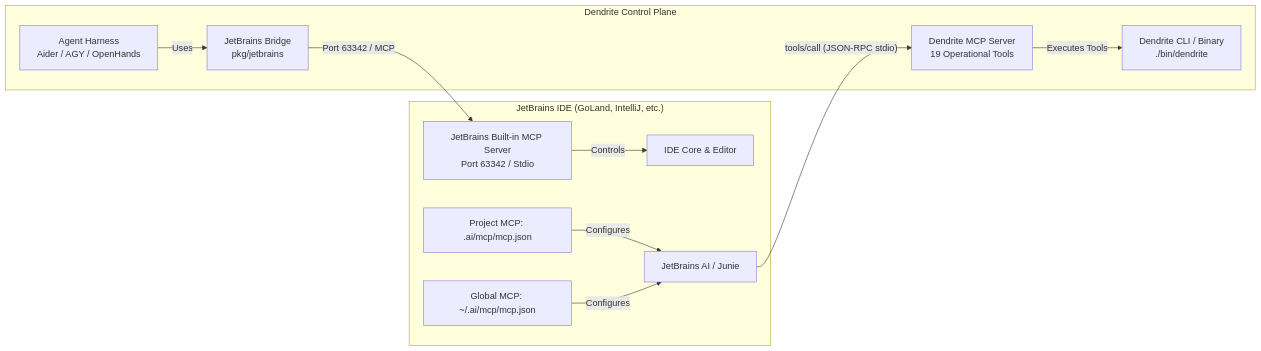
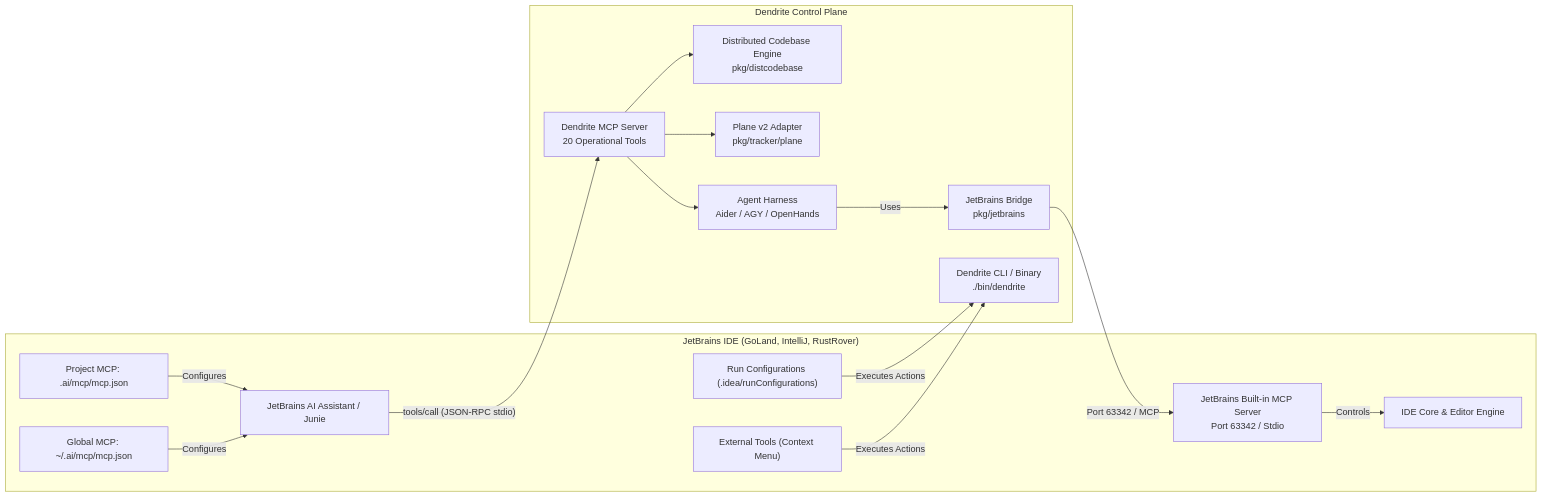
The diagram in docs/guides/jetbrains-mcp-and-agents-setup.md (yasuomaidana/dendrite), drawn with Mermaid before and after one commit. The commit also changed other lines of this file and 16 other files, not shown here.

Commit message:
feat(perf): [DEN-036] implement k6 performance testing, TTFT/TPS benchmarking, cascade load harness, and dendrite_bench_run MCP tool

````diff
--- a/docs/guides/jetbrains-mcp-and-agents-setup.md
+++ b/docs/guides/jetbrains-mcp-and-agents-setup.md
@@ -13,25 +13,32 @@
 ```mermaid
 flowchart LR
-    subgraph "JetBrains IDE (GoLand, IntelliJ, etc.)"
-        IDE_Core[IDE Core & Editor]
-        AIAssistant[JetBrains AI / Junie]
-        IDE_MCP_Srv[JetBrains Built-in MCP Server<br/>Port 63342 / Stdio]
-        ConfigProject[Project MCP: .ai/mcp/mcp.json]
+    subgraph "JetBrains IDE (GoLand, IntelliJ, RustRover)"
+        IDE_Core["IDE Core & Editor Engine"]
+        AIAssistant["JetBrains AI Assistant / Junie"]
+        IDE_MCP_Srv["JetBrains Built-in MCP Server<br/>Port 63342 / Stdio"]
+        ConfigProject["Project MCP: .ai/mcp/mcp.json"]
         ConfigGlobal["Global MCP: ~/.ai/mcp/mcp.json"]
+        RunConfigs["Run Configurations (.idea/runConfigurations)"]
+        ExtTools["External Tools (Context Menu)"]
     end
 
     subgraph "Dendrite Control Plane"
-        DendriteCLI[Dendrite CLI / Binary<br/>./bin/dendrite]
-        MCPServer[Dendrite MCP Server<br/>19 Operational Tools]
-        JBBridge[JetBrains Bridge<br/>pkg/jetbrains]
-        AgentRunner[Agent Harness<br/>Aider / AGY / OpenHands]
+        DendriteCLI["Dendrite CLI / Binary<br/>./bin/dendrite"]
+        MCPServer["Dendrite MCP Server<br/>20 Operational Tools"]
+        DistEngine["Distributed Codebase Engine<br/>pkg/distcodebase"]
+        PlaneAdapter["Plane v2 Adapter<br/>pkg/tracker/plane"]
+        JBBridge["JetBrains Bridge<br/>pkg/jetbrains"]
+        AgentRunner["Agent Harness<br/>Aider / AGY / OpenHands"]
     end
 
     ConfigProject & ConfigGlobal -->|Configures| AIAssistant
     AIAssistant -->|"tools/call (JSON-RPC stdio)"| MCPServer
-    MCPServer -->|Executes Tools| DendriteCLI
+    MCPServer --> DistEngine
+    MCPServer --> PlaneAdapter
+    MCPServer --> AgentRunner
 
+    RunConfigs & ExtTools -->|Executes Actions| DendriteCLI
     AgentRunner -->|Uses| JBBridge
     JBBridge -->|Port 63342 / MCP| IDE_MCP_Srv
     IDE_MCP_Srv -->|Controls| IDE_Core
 ```
````
